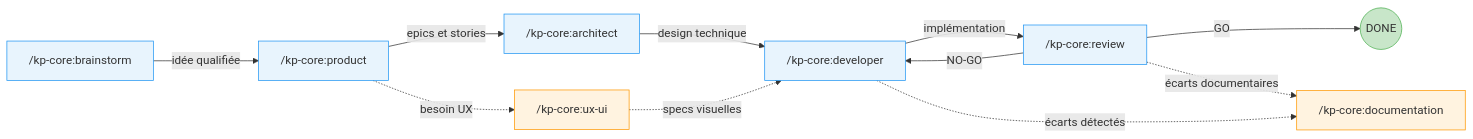
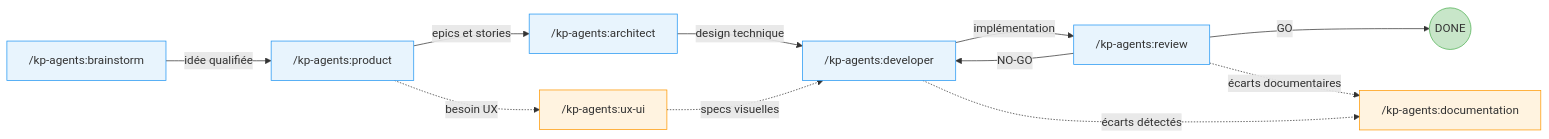
The first of 8 diagrams in docs/agents.md (KeyProd/kp-agents), drawn with Mermaid before and after one commit. The commit also changed other lines of this file and 22 other files, not shown here.

First line of the commit message:
feat(S-0003): release kp-agents-v0.1.0 (rename kp-core -> kp-agents + bump)

````diff
--- a/docs/agents.md
+++ b/docs/agents.md
@@ -25,33 +25,33 @@
 ```mermaid
 flowchart LR
-    B["/kp-core:brainstorm"]
-    P["/kp-core:product"]
-    A["/kp-core:architect"]
-    D["/kp-core:developer"]
-    R["/kp-core:review"]
-    UX["/kp-core:ux-ui"]
-    DOC["/kp-core:documentation"]
+    B["/kp-agents:brainstorm"]
+    P["/kp-agents:product"]
+    A["/kp-agents:architect"]
+    D["/kp-agents:developer"]
+    R["/kp-agents:review"]
+    UX["/kp-agents:ux-ui"]
+    DOC["/kp-agents:documentation"]
     FIN((DONE))
 
     B -->|idée qualifiée| P
     P -->|epics et stories| A
     A -->|design technique| D
     D -->|implémentation| R
     R -->|GO| FIN
 
     R -->|NO-GO| D
 
     P -.->|besoin UX| UX
     UX -.->|specs visuelles| D
     R -.->|écarts documentaires| DOC
     D -.->|écarts détectés| DOC
 
     style B fill:#e8f4fd,stroke:#2196F3
     style P fill:#e8f4fd,stroke:#2196F3
     style A fill:#e8f4fd,stroke:#2196F3
     style D fill:#e8f4fd,stroke:#2196F3
     style R fill:#e8f4fd,stroke:#2196F3
     style UX fill:#fff3e0,stroke:#FF9800
     style DOC fill:#fff3e0,stroke:#FF9800
     style FIN fill:#c8e6c9,stroke:#4CAF50
 ```
````
